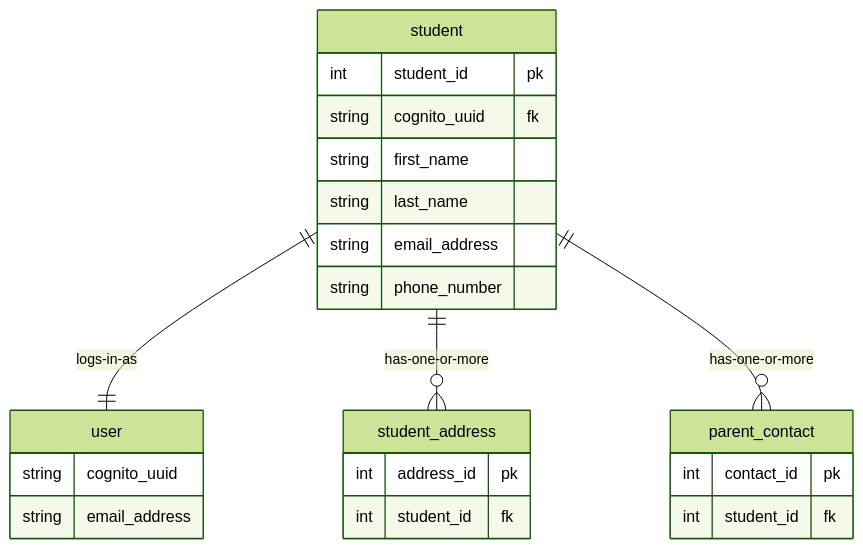
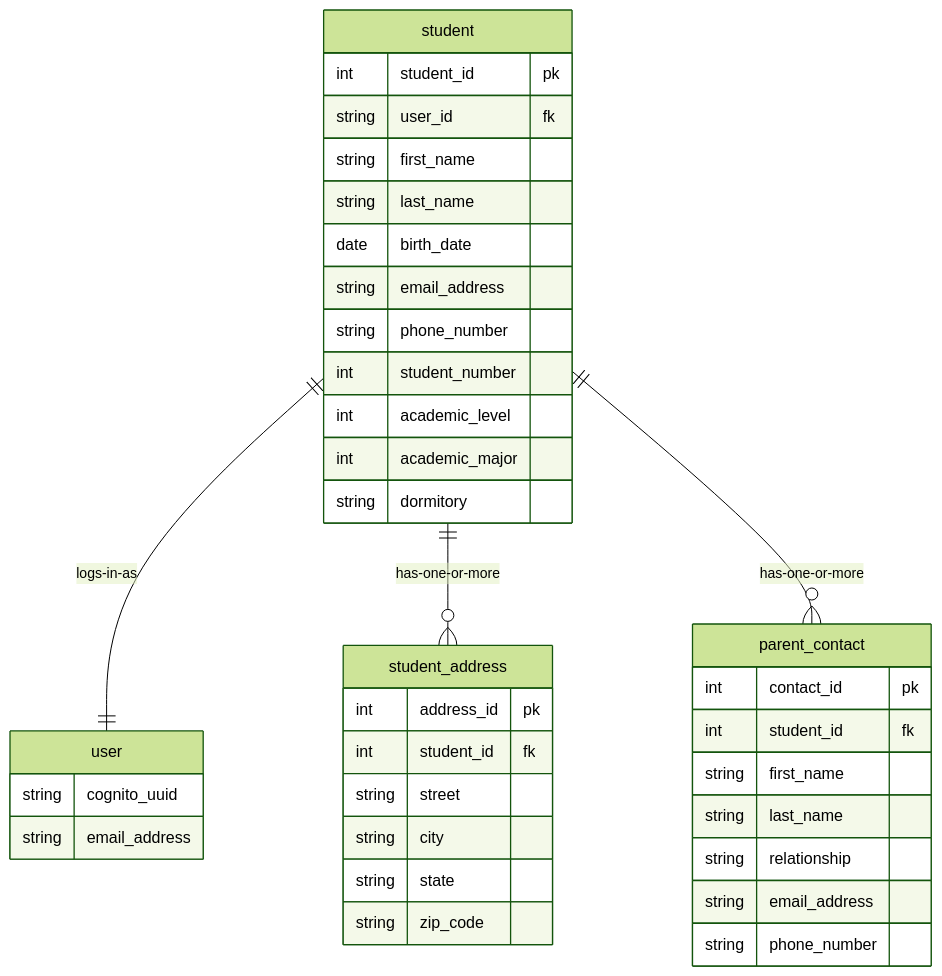
Before and after one commit to Snookblast/coding-challenge: the diagram in student-service-erd.md, drawn with Mermaid (forest theme).

````diff
--- a/student-service-erd.md
+++ b/student-service-erd.md
@@ -3,32 +3,46 @@
 ```mermaid
 erDiagram
 
     user {
       string cognito_uuid
       string email_address
     }
 
     student {
         int student_id pk
-        string cognito_uuid fk
+        string user_id fk
         string first_name
         string last_name
+        date birth_date
         string email_address
         string phone_number
+        int student_number
+        int academic_level
+        int academic_major
+        string dormitory
     }
 
     student_address {
         int address_id pk
         int student_id fk
+        string street
+        string city
+        string state
+        string zip_code
     }
 
     parent_contact {
         int contact_id pk
         int student_id fk
+        string first_name
+        string last_name
+        string relationship
+        string email_address
+        string phone_number
     }
 
     student ||--|| user : logs-in-as
     student ||--o{ student_address : has-one-or-more
     student ||--o{ parent_contact : has-one-or-more
 
 ```
````
